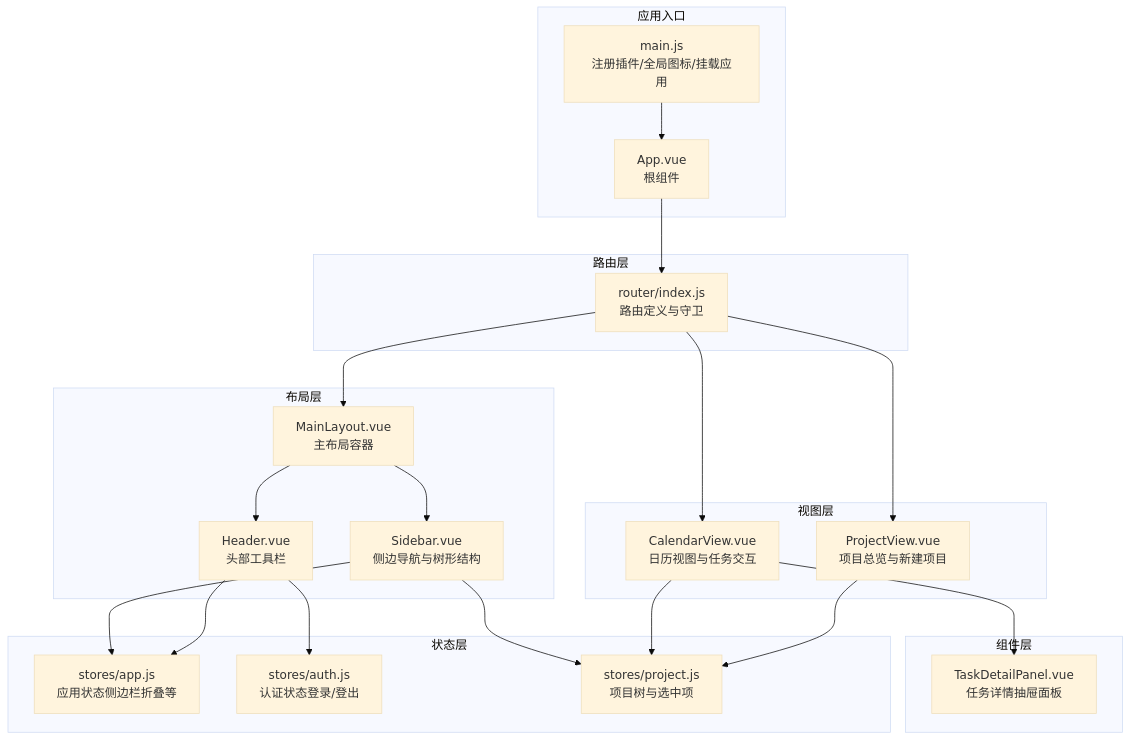
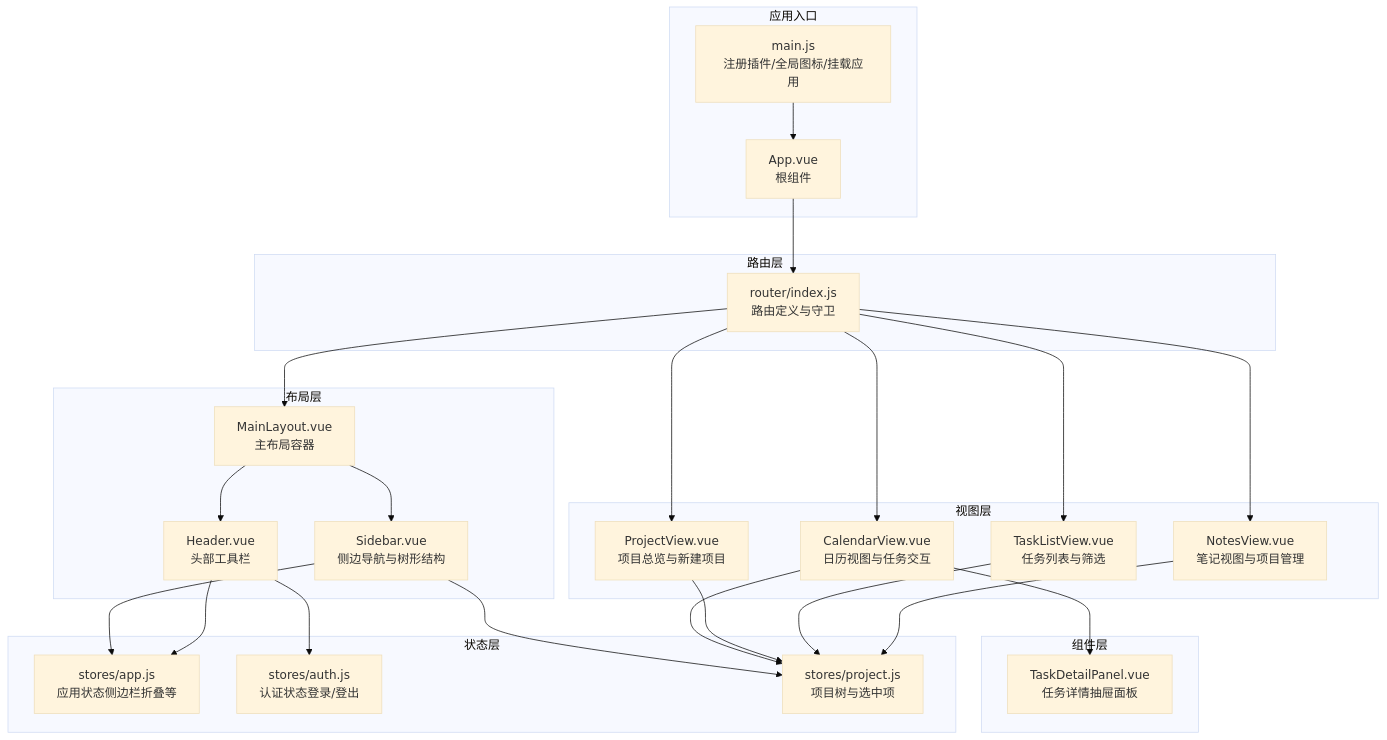
The first of 6 diagrams in .qoder/repowiki/zh/content/前端开发/组件系统.md (junjiechen66/newWorld), drawn with Mermaid (base theme) before and after one commit. The commit also changed other lines of this file and 70 other files, not shown here.

````diff
--- a/.qoder/repowiki/zh/content/前端开发/组件系统.md
+++ b/.qoder/repowiki/zh/content/前端开发/组件系统.md
@@ -42,41 +46,47 @@
 ```mermaid
 graph TB
 subgraph "应用入口"
 A["main.js<br/>注册插件/全局图标/挂载应用"]
 B["App.vue<br/>根组件"]
 end
 subgraph "路由层"
 R["router/index.js<br/>路由定义与守卫"]
 end
 subgraph "布局层"
 L1["MainLayout.vue<br/>主布局容器"]
 L2["Header.vue<br/>头部工具栏"]
 L3["Sidebar.vue<br/>侧边导航与树形结构"]
 end
 subgraph "视图层"
 V1["CalendarView.vue<br/>日历视图与任务交互"]
 V2["ProjectView.vue<br/>项目总览与新建项目"]
+V3["TaskListView.vue<br/>任务列表与筛选"]
+V4["NotesView.vue<br/>笔记视图与项目管理"]
 end
 subgraph "组件层"
 C1["TaskDetailPanel.vue<br/>任务详情抽屉面板"]
 end
 subgraph "状态层"
 S1["stores/app.js<br/>应用状态侧边栏折叠等"]
 S2["stores/auth.js<br/>认证状态登录/登出"]
 S3["stores/project.js<br/>项目树与选中项"]
 end
 A --> B
 B --> R
 R --> L1
 L1 --> L2
 L1 --> L3
 R --> V1
 R --> V2
+R --> V3
+R --> V4
 V1 --> C1
 L2 --> S2
 L3 --> S3
 V1 --> S3
 V2 --> S3
+V3 --> S3
+V4 --> S3
 L3 --> S1
 L2 --> S1
 ```
````
